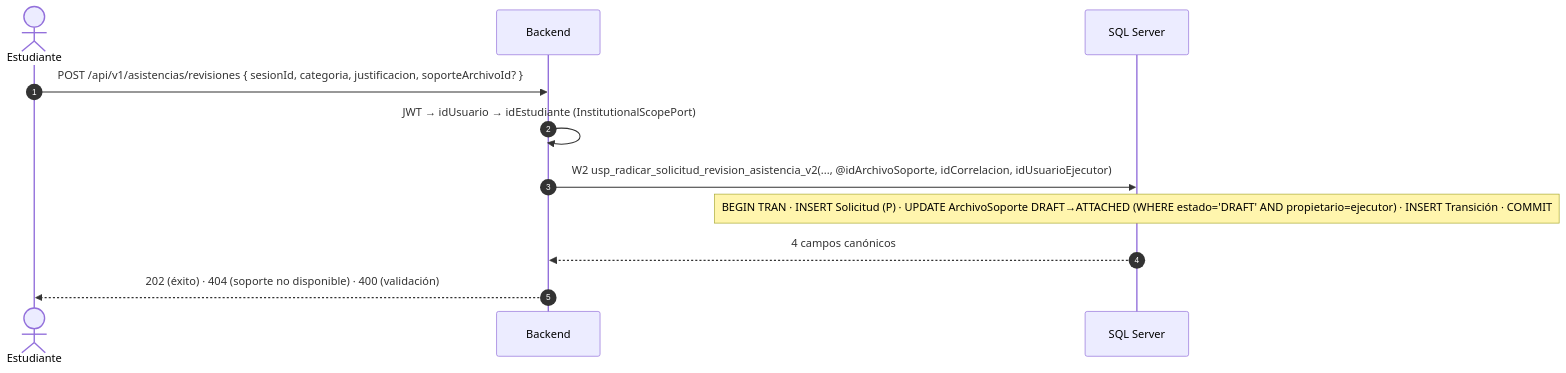
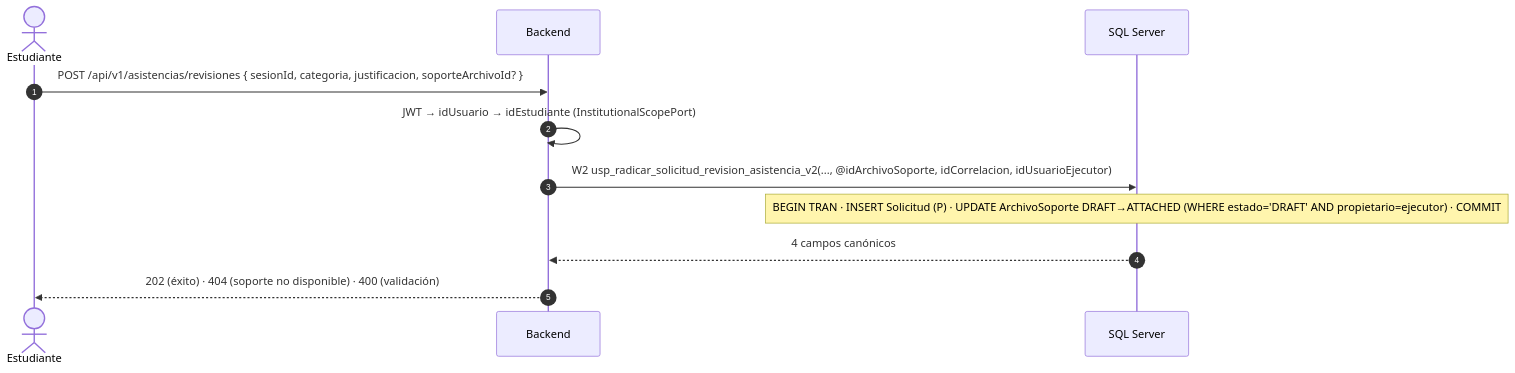
Before and after one commit to AsistenciasUCO/AsistenciasUCO-DB: the second of 4 diagrams in docs/work-items/LB-004D-soporte-revision-binding/INTERACTIONS.md, drawn with Mermaid. The commit also changed other lines of this file and 2 other files, not shown here.

First line of the commit message:
docs(lb-004d): adopt ONE_TABLE architecture in the D0 contract

````diff
--- a/docs/work-items/LB-004D-soporte-revision-binding/INTERACTIONS.md
+++ b/docs/work-items/LB-004D-soporte-revision-binding/INTERACTIONS.md
@@ -46,13 +46,13 @@
 ```mermaid
 sequenceDiagram
     autonumber
     actor E as Estudiante
     participant B as Backend
     participant S as SQL Server
     E->>B: POST /api/v1/asistencias/revisiones { sesionId, categoria, justificacion, soporteArchivoId? }
     B->>B: JWT → idUsuario → idEstudiante (InstitutionalScopePort)
     B->>S: W2 usp_radicar_solicitud_revision_asistencia_v2(..., @idArchivoSoporte, idCorrelacion, idUsuarioEjecutor)
-    Note over S: BEGIN TRAN · INSERT Solicitud (P) · UPDATE ArchivoSoporte DRAFT→ATTACHED (WHERE estado='DRAFT' AND propietario=ejecutor) · INSERT Transición · COMMIT
+    Note over S: BEGIN TRAN · INSERT Solicitud (P) · UPDATE ArchivoSoporte DRAFT→ATTACHED (WHERE estado='DRAFT' AND propietario=ejecutor) · COMMIT
     S-->>B: 4 campos canónicos
     B-->>E: 202 (éxito) · 404 (soporte no disponible) · 400 (validación)
 ```
````
